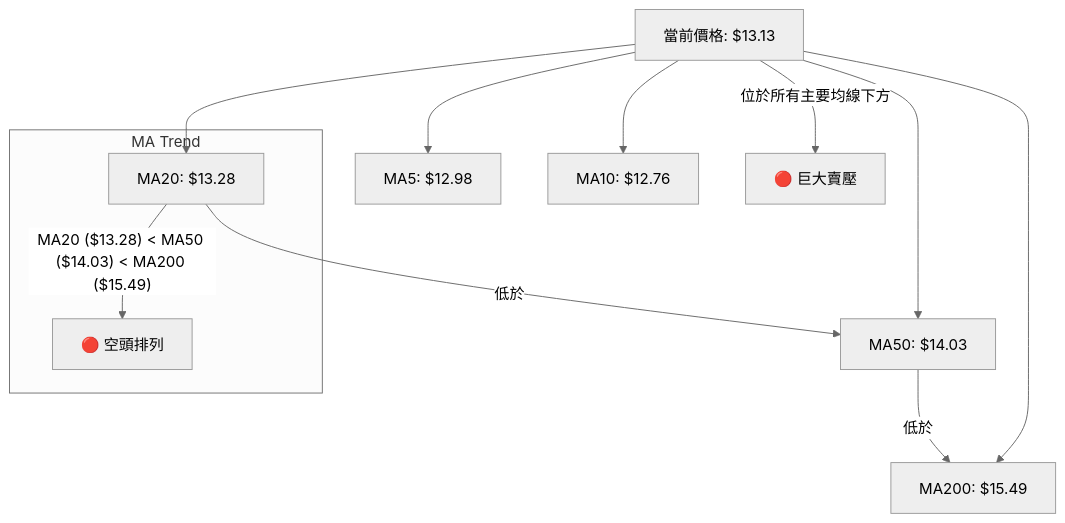
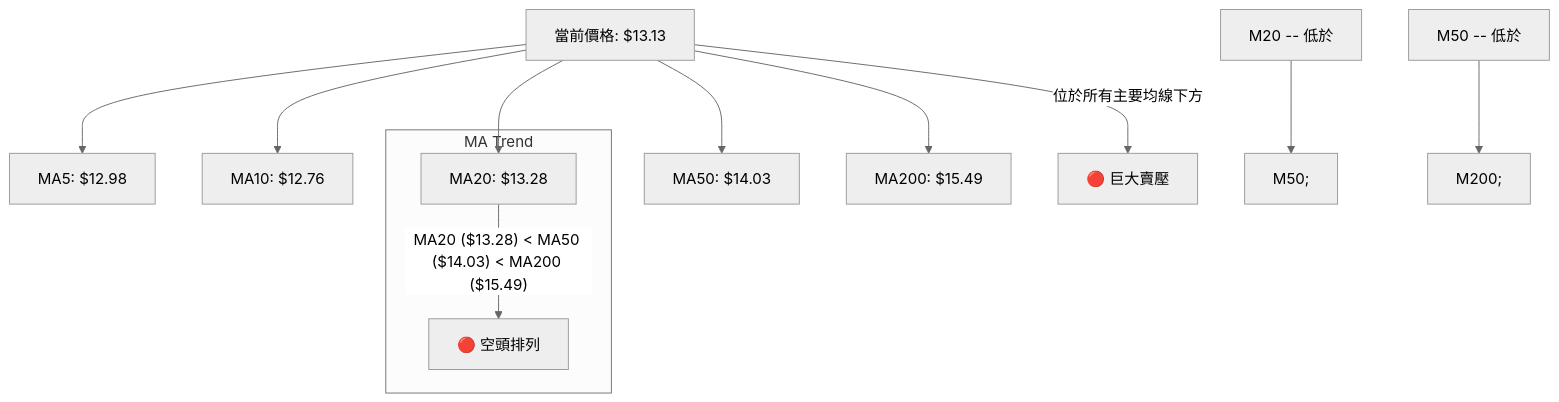
One commit to yennanliu/finance_data changed the sixth of 7 diagrams in ai_gen_report/stock/nu/technical_analysis_2026-05-30_gemini.md. Above: the diagram before and after it, drawn with Mermaid (neutral theme). The commit also changed other lines of this file and 2258 other files, not shown here.

First line of the commit message:
chore: backfill Mermaid syntax repair across existing reports

````diff
--- a/ai_gen_report/stock/nu/technical_analysis_2026-05-30_gemini.md
+++ b/ai_gen_report/stock/nu/technical_analysis_2026-05-30_gemini.md
@@ -472,15 +472,15 @@
 ```mermaid
 graph TD
-    P[當前價格: $13.13] --> M5[MA5: $12.98];
-    P --> M10[MA10: $12.76];
-    P --> M20[MA20: $13.28];
-    P --> M50[MA50: $14.03];
-    P --> M200[MA200: $15.49];
+    P["當前價格: $13.13"] --> M5["MA5: $12.98"];
+    P --> M10["MA10: $12.76"];
+    P --> M20["MA20: $13.28"];
+    P --> M50["MA50: $14.03"];
+    P --> M200["MA200: $15.49"];
 
-    M20 -- 低於 --> M50;
-    M50 -- 低於 --> M200;
+    nb1["M20 -- 低於"] --> nb2["M50;"]
+    nb3["M50 -- 低於"] --> nb4["M200;"]
     subgraph MA Trend
-        M20 -- MA20 ($13.28) < MA50 ($14.03) < MA200 ($15.49) --> Bearish[🔴 空頭排列];
+        M20 -- MA20 ($13.28) < MA50 ($14.03) < MA200 ($15.49) --> Bearish["🔴 空頭排列"];
     end
-    P -- 位於所有主要均線下方 --> StrongPressure[🔴 巨大賣壓];
+    P -- 位於所有主要均線下方 --> StrongPressure["🔴 巨大賣壓"];
 ```
````
